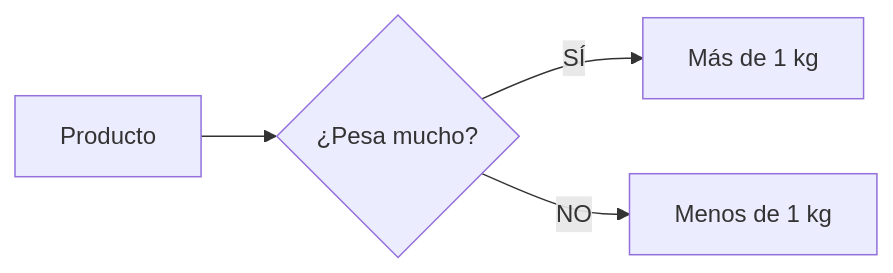
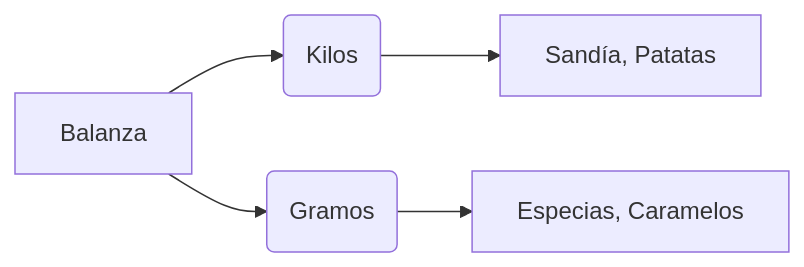
Before and after one commit to aalvarezg06/Ense-anzaONLINE: the diagram in docs/2pri/ut06-el-mercado-de-mi-barrio/tutorial.md, drawn with Mermaid. The commit also changed other lines of this file and 8 other files, not shown here.

````diff
--- a/docs/2pri/ut06-el-mercado-de-mi-barrio/tutorial.md
+++ b/docs/2pri/ut06-el-mercado-de-mi-barrio/tutorial.md
@@ -34,6 +33,7 @@
 ```mermaid
 graph LR
-    A[Producto] --> B{¿Pesa mucho?}
-    B -- SÍ --> C[Más de 1 kg]
-    B -- NO --> D[Menos de 1 kg]
+    A[Balanza] --> B(Kilos)
+    A --> C(Gramos)
+    B --> D[Sandía, Patatas]
+    C --> E[Especias, Caramelos]
 ```
````
